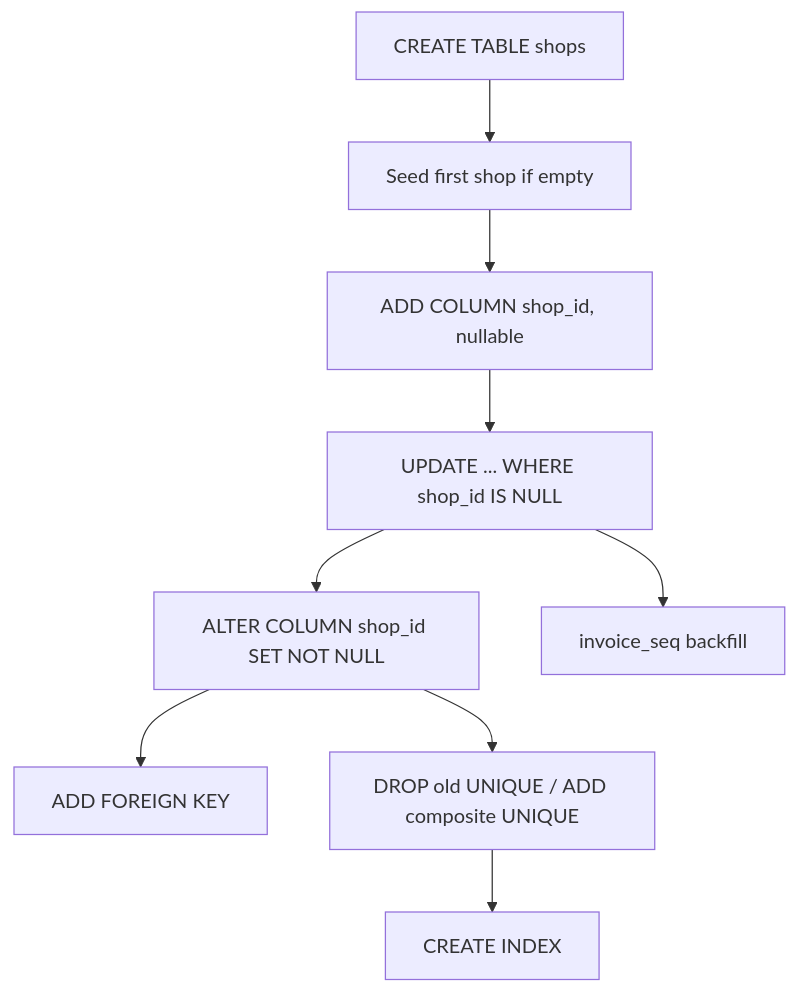
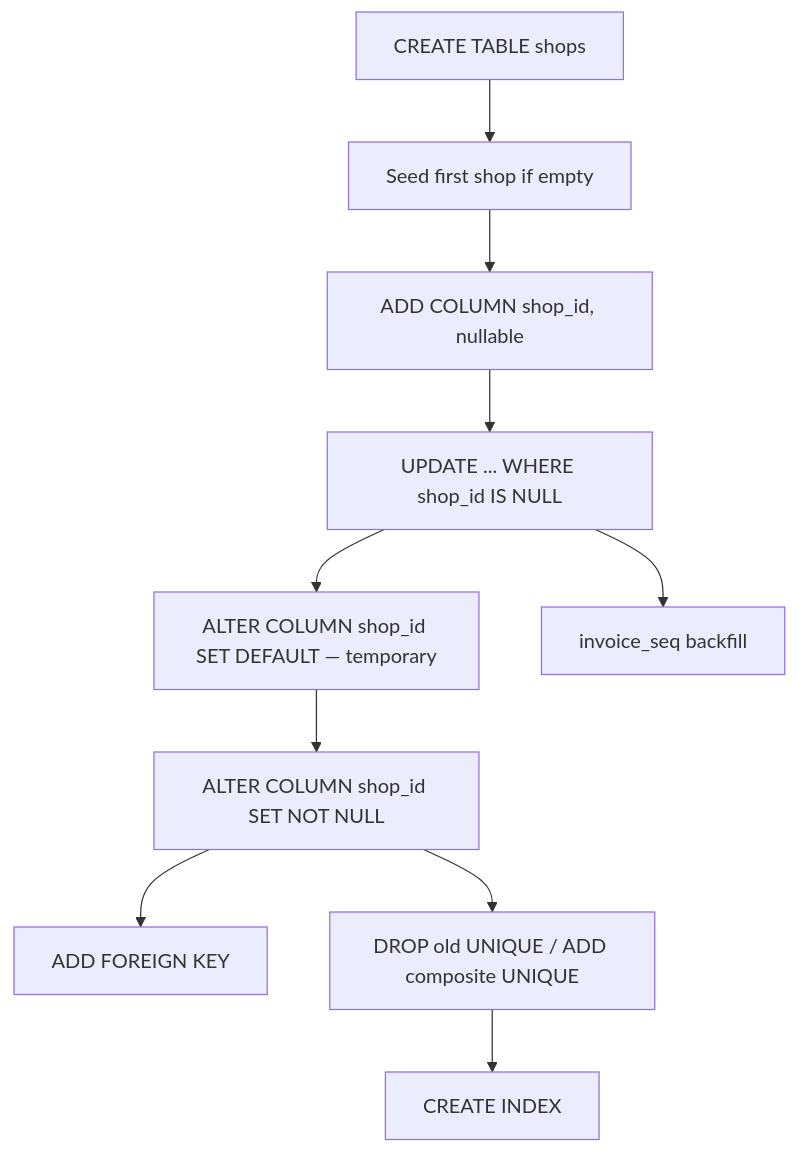
The diagram in docs/specs/multipos/02-tenancy-schema/design.md (lyle0129/TuldokBenta), drawn with Mermaid before and after one commit. The commit also changed other lines of this file and 5 other files, not shown here.

````diff
--- a/docs/specs/multipos/02-tenancy-schema/design.md
+++ b/docs/specs/multipos/02-tenancy-schema/design.md
@@ -50,11 +52,12 @@
 ```mermaid
 graph TD
   A[CREATE TABLE shops] --> B[Seed first shop if empty]
   B --> C[ADD COLUMN shop_id, nullable]
   C --> D[UPDATE ... WHERE shop_id IS NULL]
-  D --> E[ALTER COLUMN shop_id SET NOT NULL]
+  D --> D2[ALTER COLUMN shop_id SET DEFAULT — temporary]
+  D2 --> E[ALTER COLUMN shop_id SET NOT NULL]
   E --> F[ADD FOREIGN KEY]
   E --> G[DROP old UNIQUE / ADD composite UNIQUE]
   D --> H[invoice_seq backfill]
   G --> I[CREATE INDEX]
 ```
````
